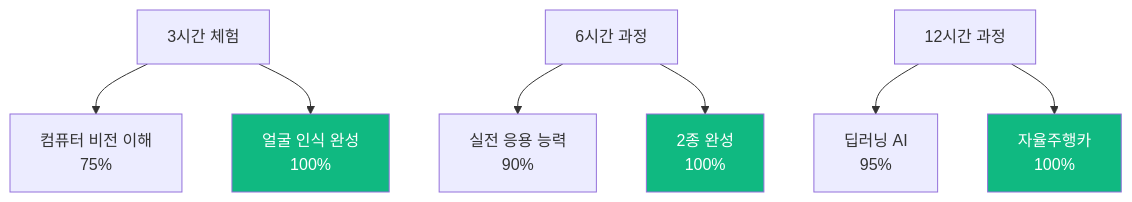
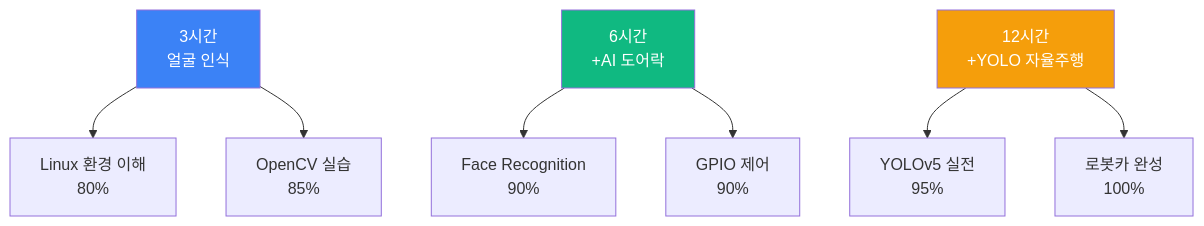
Before and after one commit to Collegenie-X/AIMakerLab_Web: the ninth of 9 diagrams in documents/CURRICULUM/맛보기_라즈베리파이_AI.md, drawn with Mermaid. The commit also changed other lines of this file and 3 other files, not shown here.

````diff
--- a/documents/CURRICULUM/맛보기_라즈베리파이_AI.md
+++ b/documents/CURRICULUM/맛보기_라즈베리파이_AI.md
@@ -724,15 +1010,15 @@
 ```mermaid
 graph TB
-    A[3시간 체험] --> B[컴퓨터 비전 이해<br/>75%]
-    A --> C[얼굴 인식 완성<br/>100%]
+    A[3시간<br/>얼굴 인식] --> B[Linux 환경 이해<br/>80%]
+    A --> C[OpenCV 실습<br/>85%]
     
-    D[6시간 과정] --> E[실전 응용 능력<br/>90%]
-    D --> F[2종 완성<br/>100%]
+    D[6시간<br/>+AI 도어락] --> E[Face Recognition<br/>90%]
+    D --> F[GPIO 제어<br/>90%]
     
-    G[12시간 과정] --> H[딥러닝 AI<br/>95%]
-    G --> I[자율주행카<br/>100%]
+    G[12시간<br/>+YOLO 자율주행] --> H[YOLOv5 실전<br/>95%]
+    G --> I[로봇카 완성<br/>100%]
     
-    style C fill:#10b981,color:#fff
-    style F fill:#10b981,color:#fff
-    style I fill:#10b981,color:#fff
+    style A fill:#3b82f6,color:#fff
+    style D fill:#10b981,color:#fff
+    style G fill:#f59e0b,color:#fff
 ```
````
